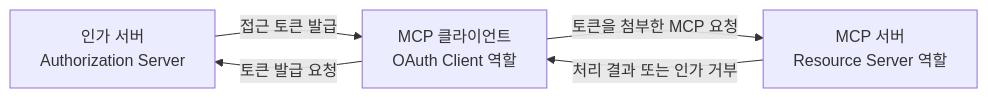
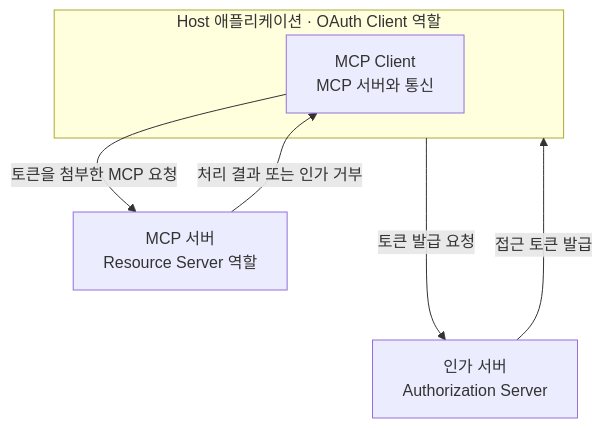
Before and after one commit to chahoseong/mcp-for-beginners: the first of 4 diagrams in notes/oauth2/mcp-oauth2-flow.md, drawn with Mermaid. The commit also changed other lines of this file and 3 other files, not shown here.

Commit message:
Refactor MCP OAuth2 flow documentation: streamline sections, clarify roles, and enhance flow descriptions

````diff
--- a/notes/oauth2/mcp-oauth2-flow.md
+++ b/notes/oauth2/mcp-oauth2-flow.md
@@ -45,10 +17,13 @@
 ```mermaid
-flowchart LR
+flowchart TB
+    subgraph H["Host 애플리케이션 · OAuth Client 역할"]
+        C["MCP Client<br/>MCP 서버와 통신"]
+    end
     A["인가 서버<br/>Authorization Server"]
-    C["MCP 클라이언트<br/>OAuth Client 역할"]
     M["MCP 서버<br/>Resource Server 역할"]
-    C -->|토큰 발급 요청| A
-    A -->|접근 토큰 발급| C
+
+    H --->|토큰 발급 요청| A
+    A --->|접근 토큰 발급| H
     C -->|토큰을 첨부한 MCP 요청| M
     M -->|처리 결과 또는 인가 거부| C
 ```
````
